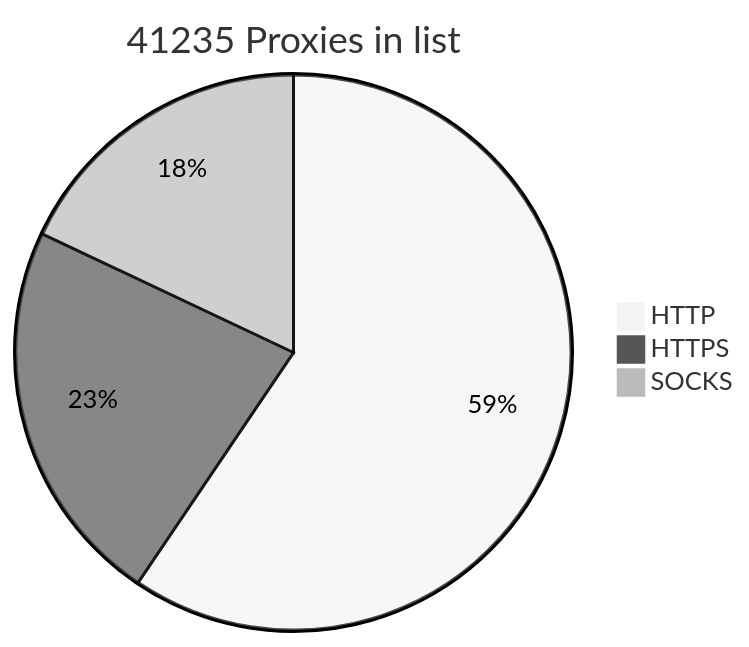
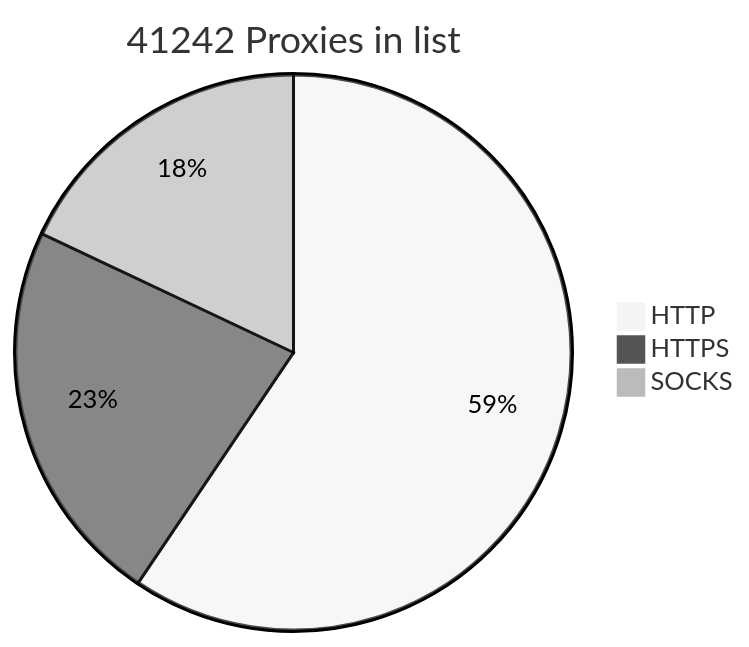
One commit to BlackSnowDot/proxylist-update-every-minute changed the diagram in README.md. Above: the diagram before and after it, drawn with Mermaid (neutral theme).

````diff
--- a/README.md
+++ b/README.md
@@ -2,6 +2,6 @@
 ```mermaid
-pie title 41235 Proxies in list
-    "HTTP" : 28850
-    "HTTPS": 10948
-    "SOCKS" : 8727
+pie title 41242 Proxies in list
+    "HTTP" : 28849
+    "HTTPS": 10956
+    "SOCKS" : 8728
 ```
````
